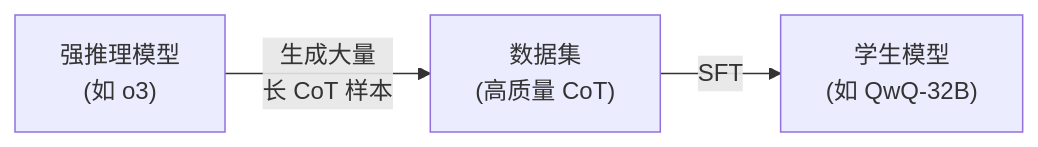
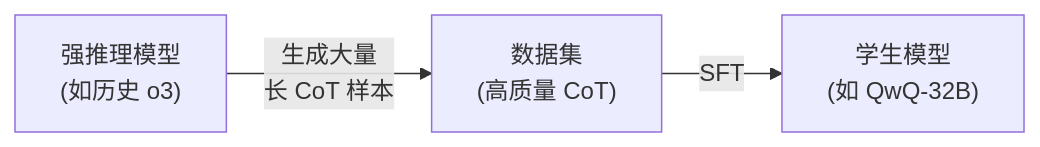
One commit to BeefWrap4/LLM-Knowledge-Base changed the fifth of 7 diagrams in 27_推理模型与Test-Time_Compute.md. Above: the diagram before and after it, drawn with Mermaid. The commit also changed other lines of this file and 454 other files, not shown here.

````diff
--- a/27_推理模型与Test-Time_Compute.md
+++ b/27_推理模型与Test-Time_Compute.md
@@ -182,5 +205,5 @@
 ```mermaid
 graph LR
-    R1["强推理模型<br/>(如 o3)"] -->|"生成大量<br/>长 CoT 样本"| D["数据集<br/>(高质量 CoT)"]
+    R1["强推理模型<br/>(如历史 o3)"] -->|"生成大量<br/>长 CoT 样本"| D["数据集<br/>(高质量 CoT)"]
     D -->|"SFT"| S["学生模型<br/>(如 QwQ-32B)"]
 ```
````
